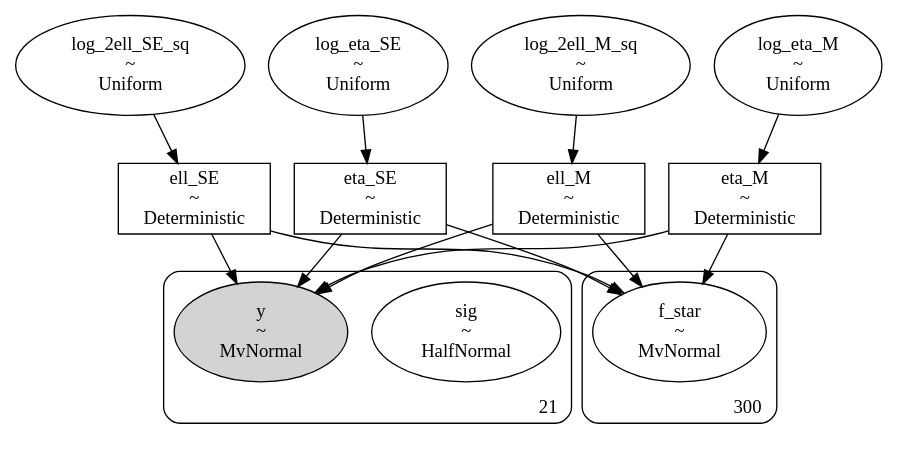
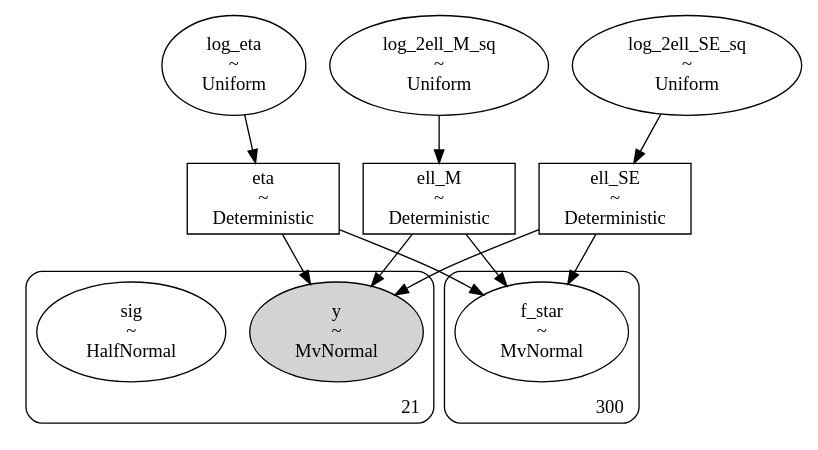
One commit to shihchingfu/gp-sandbox-thunderkat changed the diagram in dags/428_ra236.530_dec-46.922_4U1543TraPDB_andersson_se+m32_dag.dot. Above: the diagram before and after it, drawn with Graphviz. The commit also changed 6 other files, not shown here.

```diff
--- a/dags/428_ra236.530_dec-46.922_4U1543TraPDB_andersson_se+m32_dag.dot
+++ b/dags/428_ra236.530_dec-46.922_4U1543TraPDB_andersson_se+m32_dag.dot
@@ -1,53 +1,44 @@
 digraph {
-	log_eta_M [label="log_eta_M
+	log_2ell_M_sq [label="log_2ell_M_sq
 ~
 Uniform" shape=ellipse]
-	log_eta_SE [label="log_eta_SE
-~
-Uniform" shape=ellipse]
-	ell_SE [label="ell_SE
-~
-Deterministic" shape=box]
-	eta_SE [label="eta_SE
+	eta [label="eta
 ~
 Deterministic" shape=box]
 	ell_M [label="ell_M
 ~
 Deterministic" shape=box]
-	eta_M [label="eta_M
+	ell_SE [label="ell_SE
 ~
 Deterministic" shape=box]
+	log_eta [label="log_eta
+~
+Uniform" shape=ellipse]
 	log_2ell_SE_sq [label="log_2ell_SE_sq
 ~
 Uniform" shape=ellipse]
-	log_2ell_M_sq [label="log_2ell_M_sq
+	subgraph cluster21 {
+		y [label="y
 ~
-Uniform" shape=ellipse]
-	subgraph cluster21 {
+MvNormal" shape=ellipse style=filled]
 		sig [label="sig
 ~
 HalfNormal" shape=ellipse]
-		y [label="y
-~
-MvNormal" shape=ellipse style=filled]
 		label=21 labeljust=r labelloc=b style=rounded
 	}
 	subgraph cluster300 {
 		f_star [label="f_star
 ~
 MvNormal" shape=ellipse]
 		label=300 labeljust=r labelloc=b style=rounded
 	}
 	log_2ell_SE_sq -> ell_SE
 	log_2ell_M_sq -> ell_M
-	log_eta_SE -> eta_SE
-	log_eta_M -> eta_M
-	eta_SE -> y
+	log_eta -> eta
+	ell_SE -> y
 	ell_M -> y
-	eta_M -> y
-	ell_SE -> y
-	eta_SE -> f_star
+	eta -> y
+	ell_SE -> f_star
 	ell_M -> f_star
-	eta_M -> f_star
-	ell_SE -> f_star
+	eta -> f_star
 }
```
